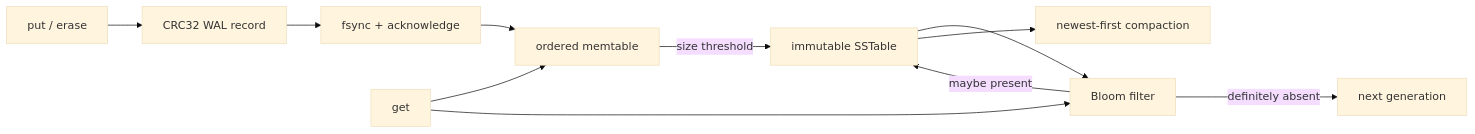
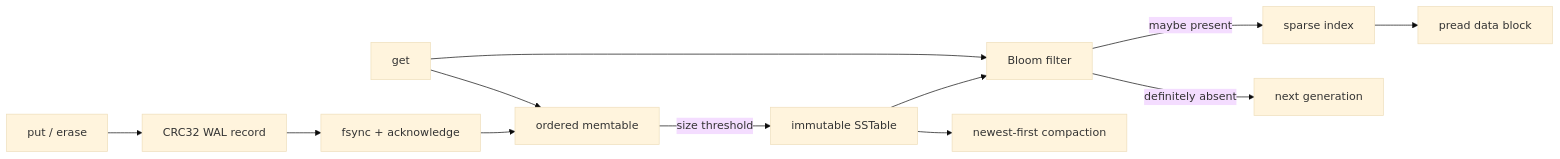
Before and after one commit to Satyabrata-Nayak/lsm-tree: the diagram in README.md, drawn with Mermaid (base theme). The commit also changed other lines of this file and 12 other files, not shown here.

Commit message:
feat: add sparse SSTable indexing and block reads

````diff
--- a/README.md
+++ b/README.md
@@ -27,13 +27,14 @@
 ```mermaid
 flowchart LR
   W["put / erase"] --> L["CRC32 WAL record"]
   L --> S["fsync + acknowledge"]
   S --> M["ordered memtable"]
   M -->|size threshold| T["immutable SSTable"]
   T --> B["Bloom filter"]
   T --> C["newest-first compaction"]
   R["get"] --> M
   R --> B
-  B -->|maybe present| T
+  B -->|maybe present| I["sparse index"]
+  I --> D["pread data block"]
   B -->|definitely absent| N["next generation"]
 ```
````
